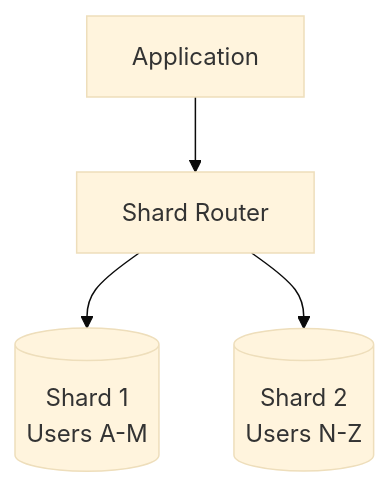
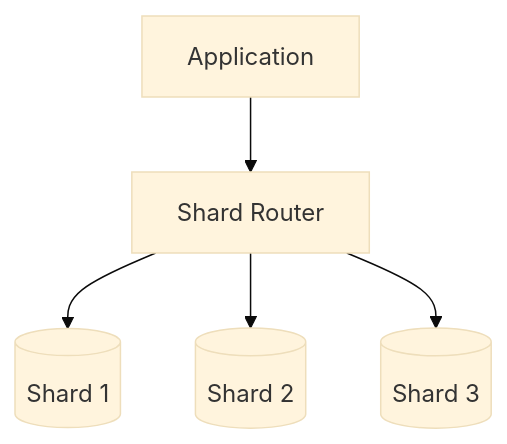
One commit to spawn08/system-design-interview changed the fourth of 5 diagrams in basics/databases.md. Above: the diagram before and after it, drawn with Mermaid (base theme). The commit also changed other lines of this file and 4 other files, not shown here.

````diff
--- a/basics/databases.md
+++ b/basics/databases.md
@@ -289,6 +627,7 @@
 ```mermaid
-flowchart TB
+flowchart TD
     App[Application] --> Router[Shard Router]
-    Router --> Shard1[(Shard 1<br/>Users A-M)]
-    Router --> Shard2[(Shard 2<br/>Users N-Z)]
+    Router --> Shard1[(Shard 1)]
+    Router --> Shard2[(Shard 2)]
+    Router --> Shard3[(Shard 3)]
 ```
````
